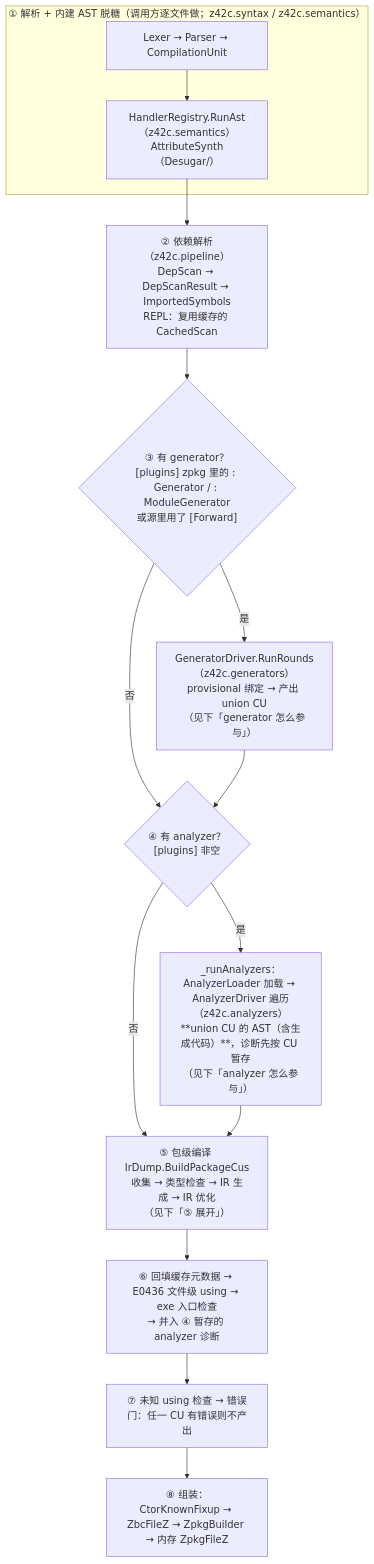
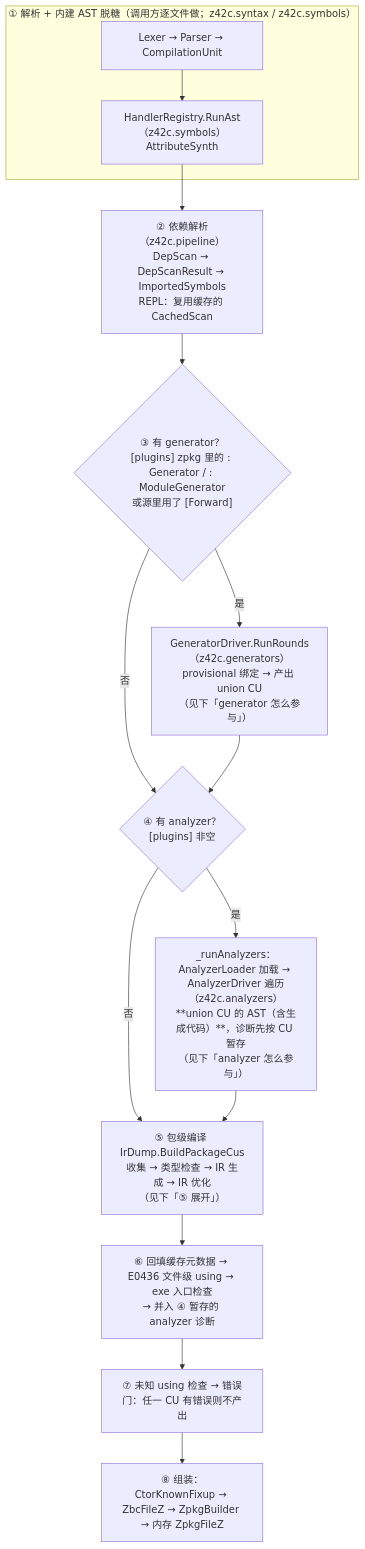
The second of 4 diagrams in docs/internals/src/compiler/source-compile.md (z42-lang/z42), drawn with Mermaid before and after one commit. The commit also changed other lines of this file and 20 other files, not shown here.

````diff
--- a/docs/internals/src/compiler/source-compile.md
+++ b/docs/internals/src/compiler/source-compile.md
@@ -25,19 +25,19 @@
 ```mermaid
 flowchart TD
-  subgraph S0["① 解析 + 内建 AST 脱糖（调用方逐文件做；z42c.syntax / z42c.semantics）"]
-    P0[Lexer → Parser → CompilationUnit] --> RA["HandlerRegistry.RunAst（z42c.semantics）<br/>AttributeSynth（Desugar/）"]
+  subgraph S0["① 解析 + 内建 AST 脱糖（调用方逐文件做；z42c.syntax / z42c.symbols）"]
+    P0[Lexer → Parser → CompilationUnit] --> RA["HandlerRegistry.RunAst（z42c.symbols）<br/>AttributeSynth"]
   end
   RA --> DEP["② 依赖解析（z42c.pipeline）<br/>DepScan → DepScanResult → ImportedSymbols<br/>REPL：复用缓存的 CachedScan"]
   DEP --> GATE{"③ 有 generator？<br/>[plugins] zpkg 里的 : Generator / : ModuleGenerator<br/>或源里用了 [Forward]"}
   GATE -->|否| AGATE
   GATE -->|是| GEN["GeneratorDriver.RunRounds（z42c.generators）<br/>provisional 绑定 → 产出 union CU<br/>（见下「generator 怎么参与」）"]
   GEN --> AGATE
   AGATE{"④ 有 analyzer？<br/>[plugins] 非空"}
   AGATE -->|否| BIND
   AGATE -->|是| AN["_runAnalyzers：AnalyzerLoader 加载 → AnalyzerDriver 遍历（z42c.analyzers）<br/>**union CU 的 AST（含生成代码）**，诊断先按 CU 暂存<br/>（见下「analyzer 怎么参与」）"]
   AN --> BIND
   BIND["⑤ 包级编译 IrDump.BuildPackageCus<br/>收集 → 类型检查 → IR 生成 → IR 优化<br/>（见下「⑤ 展开」）"]
   BIND --> POST["⑥ 回填缓存元数据 → E0436 文件级 using → exe 入口检查<br/>→ 并入 ④ 暂存的 analyzer 诊断"]
   POST --> TAIL["⑦ 未知 using 检查 → 错误门：任一 CU 有错误则不产出"]
   TAIL --> ASM["⑧ 组装：CtorKnownFixup → ZbcFileZ → ZpkgBuilder → 内存 ZpkgFileZ"]
 ```
````
